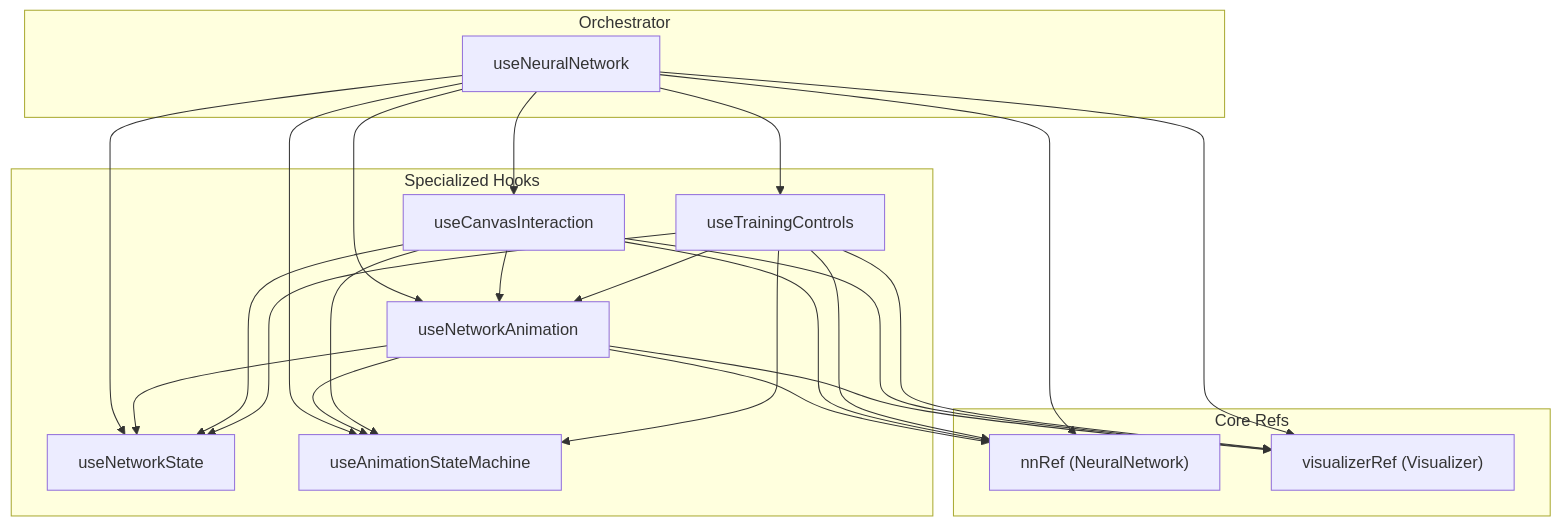
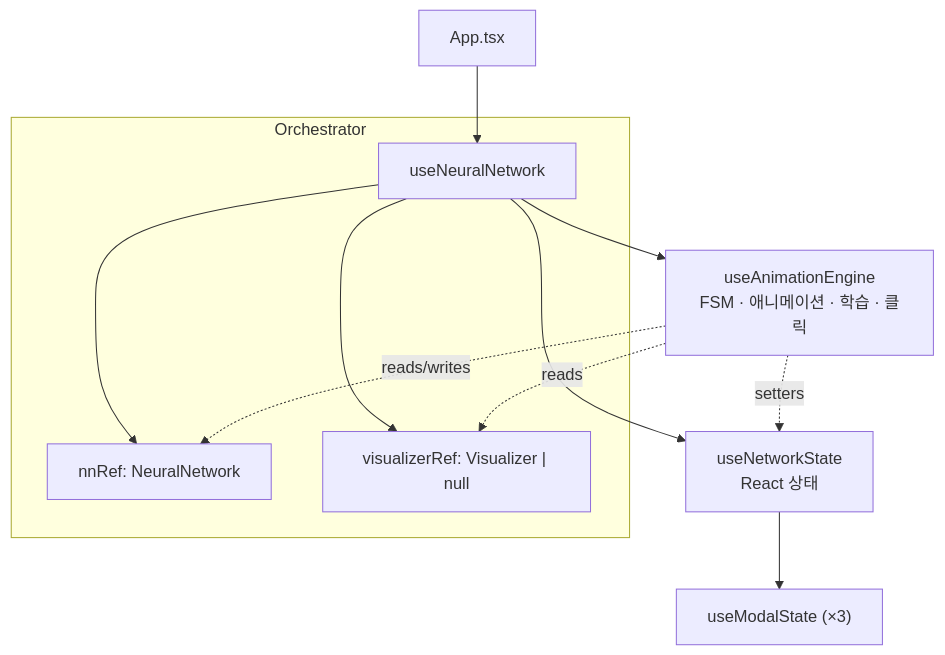
Before and after one commit to ofcbj/nn-book: the first of 3 diagrams in doc/hook_architecture.md, drawn with Mermaid. The commit also changed other lines of this file and 48 other files, not shown here.

````diff
--- a/doc/hook_architecture.md
+++ b/doc/hook_architecture.md
@@ -5,44 +7,24 @@
 ```mermaid
 flowchart TB
-    subgraph "Orchestrator"
+    App["App.tsx"]
+
+    subgraph Orchestrator
         useNN["useNeuralNetwork"]
+        nnRef["nnRef: NeuralNetwork"]
+        visRef["visualizerRef: Visualizer | null"]
     end
 
-    subgraph "Core Refs"
-        nnRef["nnRef (NeuralNetwork)"]
-        visRef["visualizerRef (Visualizer)"]
-    end
+    useNS["useNetworkState<br/>React 상태"]
+    useAE["useAnimationEngine<br/>FSM · 애니메이션 · 학습 · 클릭"]
+    useModal["useModalState (×3)"]
 
-    subgraph "Specialized Hooks"
-        useNS["useNetworkState"]
-        useASM["useAnimationStateMachine"]
-        useNA["useNetworkAnimation"]
-        useCI["useCanvasInteraction"]
-        useTC["useTrainingControls"]
-    end
-
+    App --> useNN
     useNN --> nnRef
     useNN --> visRef
     useNN --> useNS
-    useNN --> useASM
-    useNN --> useNA
-    useNN --> useCI
-    useNN --> useTC
-
-    useNA --> nnRef
-    useNA --> visRef
-    useNA --> useNS
-    useNA --> useASM
-
-    useCI --> nnRef
-    useCI --> visRef
-    useCI --> useNS
-    useCI --> useASM
-    useCI --> useNA
-
-    useTC --> nnRef
-    useTC --> visRef
-    useTC --> useNS
-    useTC --> useASM
-    useTC --> useNA
+    useNN --> useAE
+    useNS --> useModal
+    useAE -. reads/writes .-> nnRef
+    useAE -. reads .-> visRef
+    useAE -. setters .-> useNS
 ```
````
